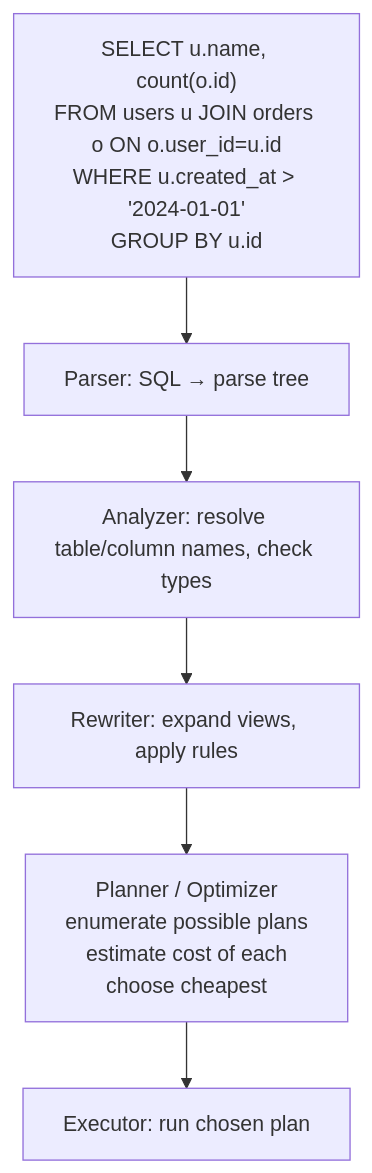
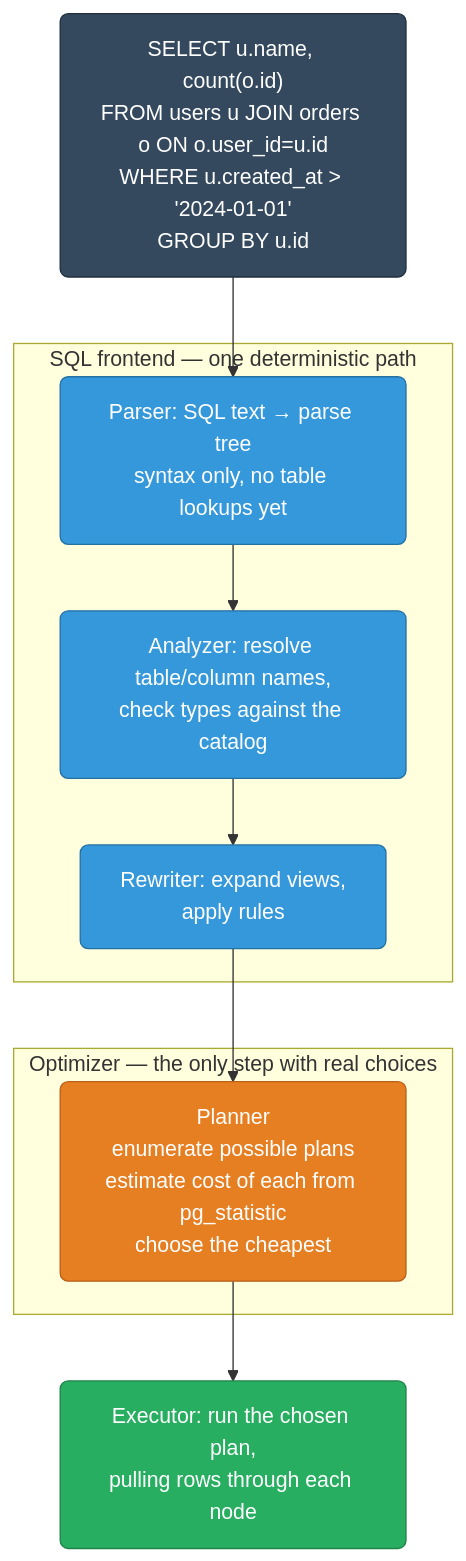
One commit to deepanshu-rawat6/DevOpsIndex changed the seventh of 11 diagrams in databases/postgres-internals.md. Above: the diagram before and after it, drawn with Mermaid. The commit also changed other lines of this file and 7 other files, not shown here.

````diff
--- a/databases/postgres-internals.md
+++ b/databases/postgres-internals.md
@@ -261,10 +501,23 @@
 ```mermaid
 graph TD
-    SQL["SELECT u.name, count(o.id)<br>FROM users u JOIN orders o ON o.user_id=u.id<br>WHERE u.created_at > '2024-01-01'<br>GROUP BY u.id"]
-    PARSE["Parser: SQL → parse tree"]
-    ANALYZE["Analyzer: resolve table/column names, check types"]
-    REWRITE["Rewriter: expand views, apply rules"]
-    PLAN["Planner / Optimizer<br>enumerate possible plans<br>estimate cost of each<br>choose cheapest"]
-    EXEC["Executor: run chosen plan"]
-    SQL --> PARSE --> ANALYZE --> REWRITE --> PLAN --> EXEC
+    classDef input fill:#34495e,stroke:#212f3c,color:#fff,rx:6
+    classDef frontend fill:#3498db,stroke:#2471a3,color:#fff,rx:6
+    classDef planner fill:#e67e22,stroke:#ba6018,color:#fff,rx:6
+    classDef exec fill:#27ae60,stroke:#1e8449,color:#fff,rx:6
+
+    SQL["SELECT u.name, count(o.id)<br/>FROM users u JOIN orders o ON o.user_id=u.id<br/>WHERE u.created_at > '2024-01-01'<br/>GROUP BY u.id"]:::input
+
+    subgraph FRONTEND["SQL frontend — one deterministic path"]
+        PARSE["Parser: SQL text → parse tree<br/>syntax only, no table lookups yet"]:::frontend
+        ANALYZE2["Analyzer: resolve table/column names,<br/>check types against the catalog"]:::frontend
+        REWRITE["Rewriter: expand views,<br/>apply rules"]:::frontend
+    end
+
+    subgraph OPT["Optimizer — the only step with real choices"]
+        PLAN["Planner<br/>enumerate possible plans<br/>estimate cost of each from pg_statistic<br/>choose the cheapest"]:::planner
+    end
+
+    EXEC["Executor: run the chosen plan,<br/>pulling rows through each node"]:::exec
+
+    SQL --> PARSE --> ANALYZE2 --> REWRITE --> PLAN --> EXEC
 ```
````
